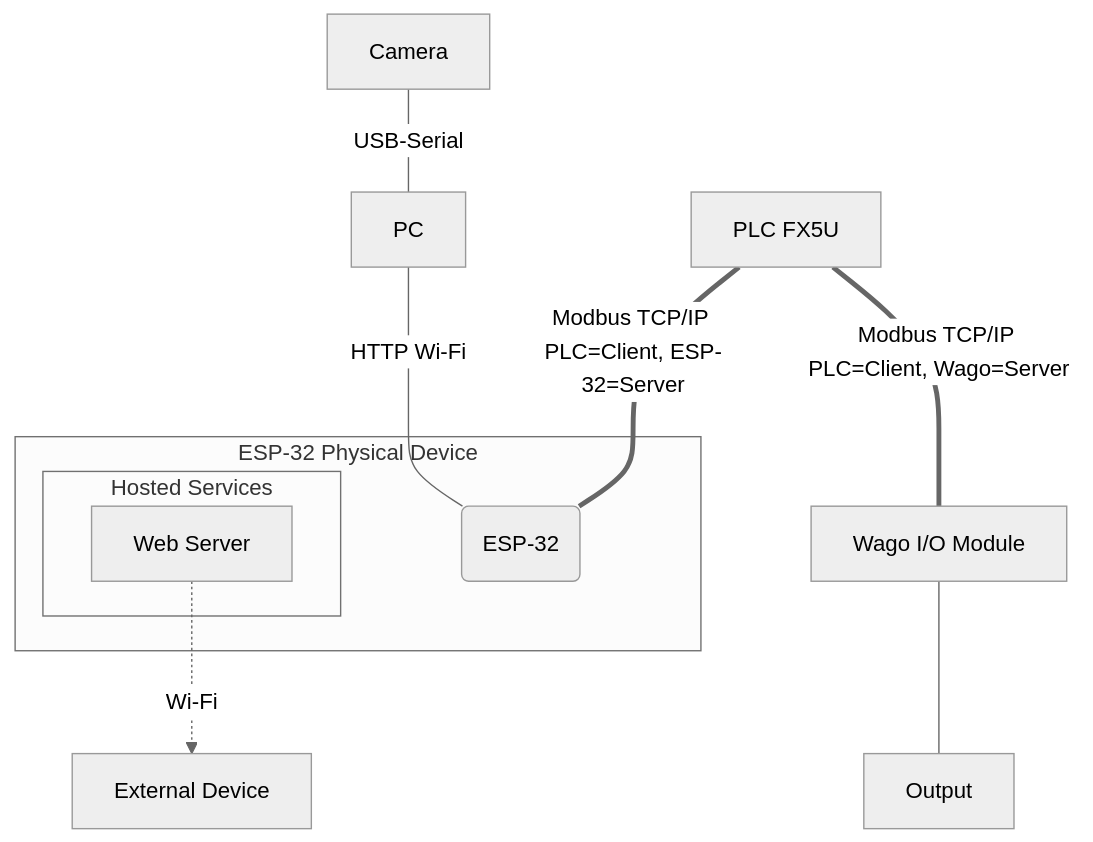
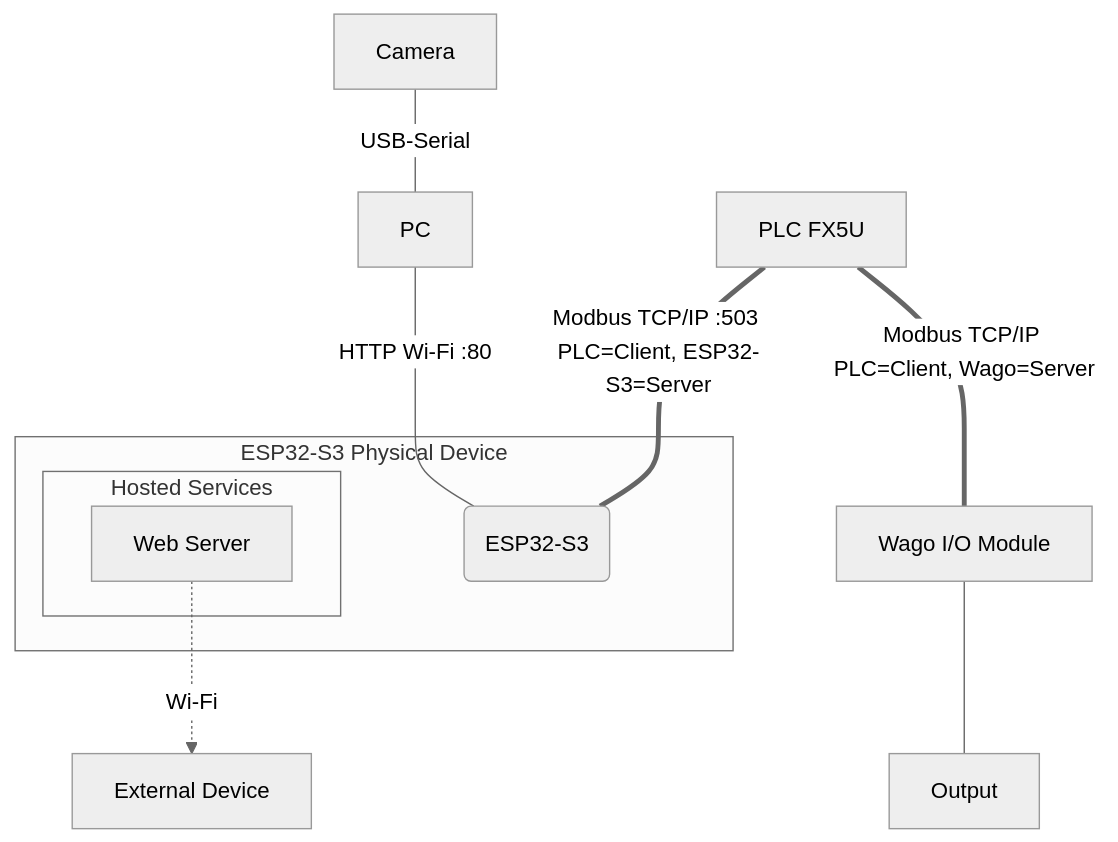
Before and after one commit to MorisSintong/PBL-MK2025055SB001-ESP32-ModbusTCP: the diagram in README.md, drawn with Mermaid (neutral theme). The commit also changed other lines of this file and 3 other files, not shown here.

````diff
--- a/README.md
+++ b/README.md
@@ -34,25 +36,25 @@
 ```mermaid
 graph TD
     Camera[Camera]
     PC[PC]
     PLC[PLC FX5U]
     Wago[Wago I/O Module]
     ExternalDevice[External Device]
     Output[Output]
 
-    subgraph ESP32Container [ESP-32 Physical Device]
-        ESP32Core(ESP-32)
+    subgraph ESP32Container [ESP32-S3 Physical Device]
+        ESP32Core(ESP32-S3)
         subgraph HostedServices [Hosted Services]
             WebServer[Web Server]
         end
     end
 
     Camera ---|USB-Serial| PC
-    PC ---|HTTP Wi-Fi| ESP32Core
+    PC ---|HTTP Wi-Fi :80| ESP32Core
     Wago --- Output
 
-    PLC ===|Modbus TCP/IP PLC=Client, ESP-32=Server| ESP32Core
+    PLC ===|Modbus TCP/IP :503 PLC=Client, ESP32-S3=Server| ESP32Core
     PLC ===|Modbus TCP/IP PLC=Client, Wago=Server| Wago
 
     WebServer -.->|Wi-Fi| ExternalDevice
 ```
````
